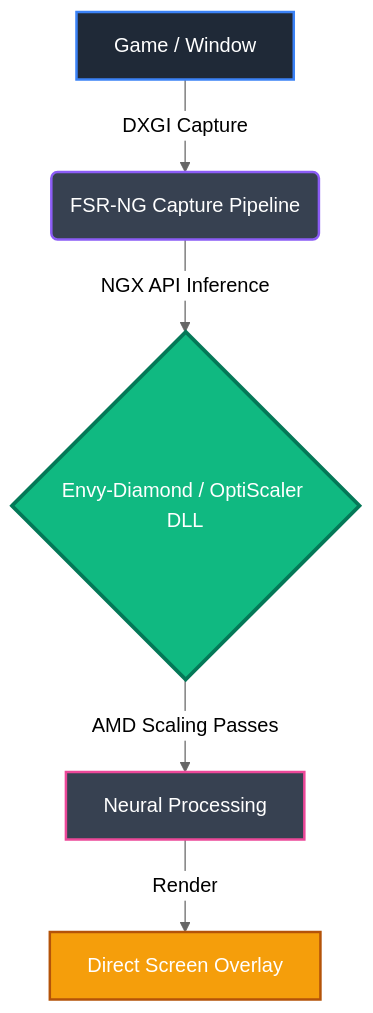
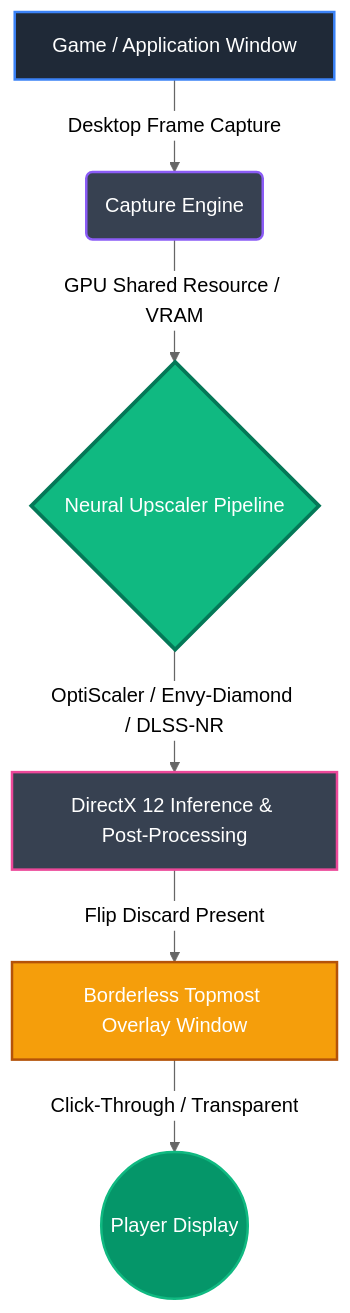
Before and after one commit to mnector/FSR-NG-Scaling: the diagram in README.md, drawn with Mermaid (neutral theme). The commit also changed other lines of this file and 12 other files, not shown here.

Commit message:
Release v1.0.0: FSR-NG-Scaling standalone neural scaler with OptiScaler / Envy-Diamond engine

````diff
--- a/README.md
+++ b/README.md
@@ -40,13 +49,15 @@
 ```mermaid
 graph TD
-    A1[Game / Window] -->|DXGI Capture| B1(FSR-NG Capture Pipeline)
-    B1 -->|NGX API Inference| C1{Envy-Diamond / OptiScaler DLL}
-    C1 -->|AMD Scaling Passes| D1[Neural Processing]
-    D1 -->|Render| E1[Direct Screen Overlay]
+    A[Game / Application Window] -->|Desktop Frame Capture| B(Capture Engine)
+    B -->|GPU Shared Resource / VRAM| C{Neural Upscaler Pipeline}
+    C -->|OptiScaler / Envy-Diamond / DLSS-NR| D[DirectX 12 Inference & Post-Processing]
+    D -->|Flip Discard Present| E[Borderless Topmost Overlay Window]
+    E -->|Click-Through / Transparent| F((Player Display))
     
-    style A1 fill:#1f2937,stroke:#3b82f6,stroke-width:2px,color:#fff
-    style B1 fill:#374151,stroke:#8b5cf6,stroke-width:2px,color:#fff
-    style C1 fill:#10b981,stroke:#047857,stroke-width:3px,color:#fff
-    style D1 fill:#374151,stroke:#ec4899,stroke-width:2px,color:#fff
-    style E1 fill:#f59e0b,stroke:#b45309,stroke-width:2px,color:#fff
+    style A fill:#1f2937,stroke:#3b82f6,stroke-width:2px,color:#fff
+    style B fill:#374151,stroke:#8b5cf6,stroke-width:2px,color:#fff
+    style C fill:#10b981,stroke:#047857,stroke-width:3px,color:#fff
+    style D fill:#374151,stroke:#ec4899,stroke-width:2px,color:#fff
+    style E fill:#f59e0b,stroke:#b45309,stroke-width:2px,color:#fff
+    style F fill:#059669,stroke:#10b981,stroke-width:2px,color:#fff
 ```
````
